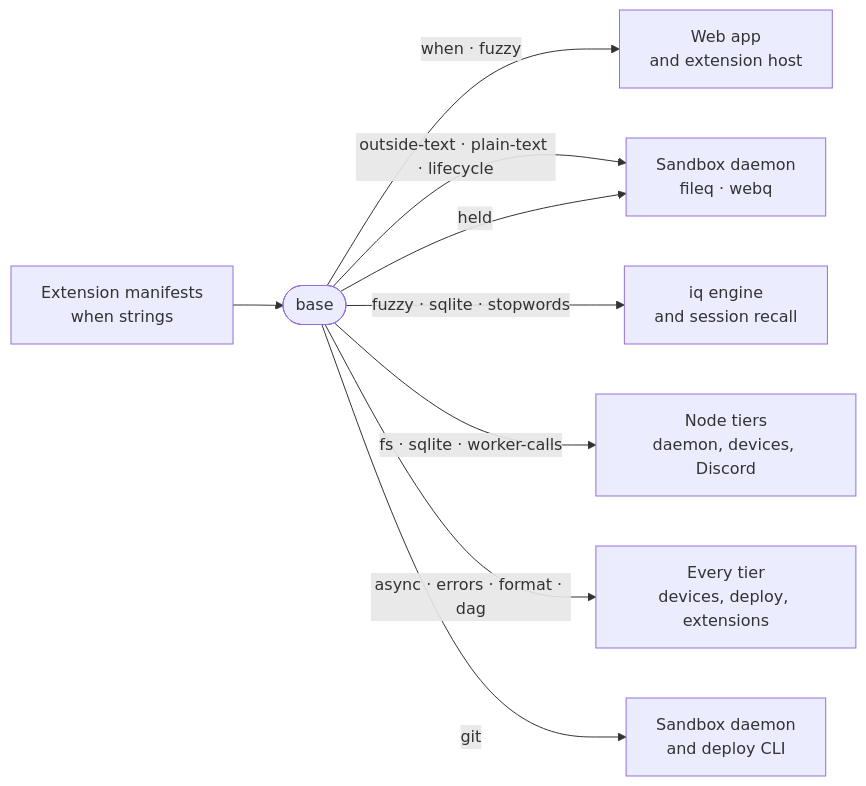
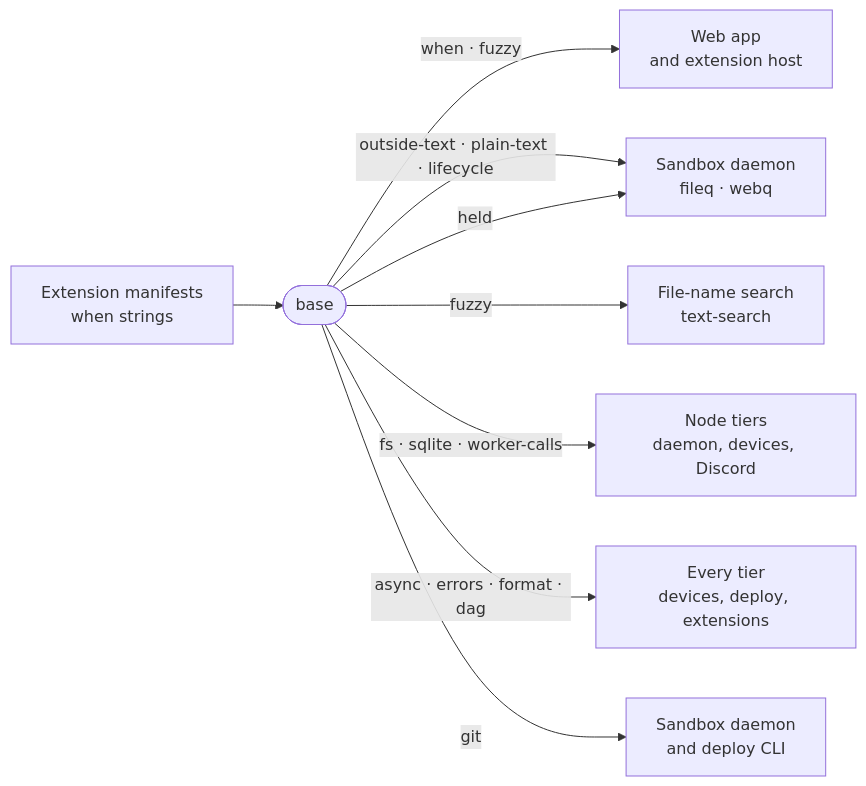
One commit to intentic/intentic changed the diagram in _tools/base/README.md. Above: the diagram before and after it, drawn with Mermaid. The commit also changed other lines of this file and 560 other files, not shown here.

First line of the commit message:
refactor(search): remove iq semantic search tool and replace with text search

````diff
--- a/_tools/base/README.md
+++ b/_tools/base/README.md
@@ -5,11 +5,11 @@
 ```mermaid
 flowchart LR
     manifest["Extension manifests<br/>when strings"] --> base(["base"])
     base -->|"when · fuzzy"| web["Web app<br/>and extension host"]
     base -->|"outside-text · plain-text · lifecycle"| daemon["Sandbox daemon<br/>fileq · webq"]
-    base -->|"fuzzy · sqlite · stopwords"| iq["iq engine<br/>and session recall"]
+    base -->|"fuzzy"| search["File-name search<br/>text-search"]
     base -->|"fs · sqlite · worker-calls"| node["Node tiers<br/>daemon, devices, Discord"]
     base -->|"async · errors · format · dag"| rest["Every tier<br/>devices, deploy, extensions"]
     base -->|"held"| daemon
     base -->|"git"| gitusers["Sandbox daemon<br/>and deploy CLI"]
 ```
````
